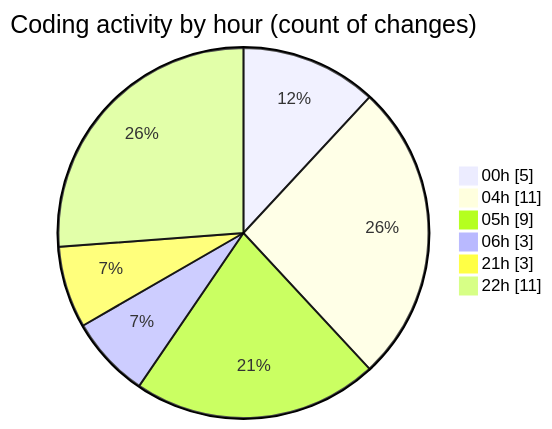
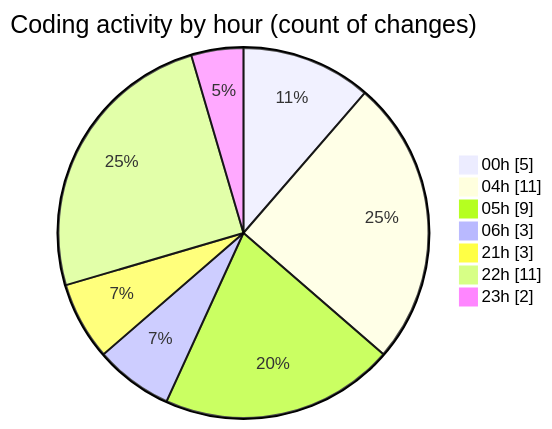
The second of 2 diagrams in 2025-03-28/autodidak/README.md (idhammustaqopulfikri/code-tracking), drawn with Mermaid before and after one commit. The commit also changed other lines of this file and 1 other file, not shown here.

````diff
--- a/2025-03-28/autodidak/README.md
+++ b/2025-03-28/autodidak/README.md
@@ -37,10 +38,11 @@
 ```mermaid
 pie showData
 title Coding activity by hour (count of changes)
 "00h" : 5
 "04h" : 11
 "05h" : 9
 "06h" : 3
 "21h" : 3
 "22h" : 11
+"23h" : 2
 ```
````
